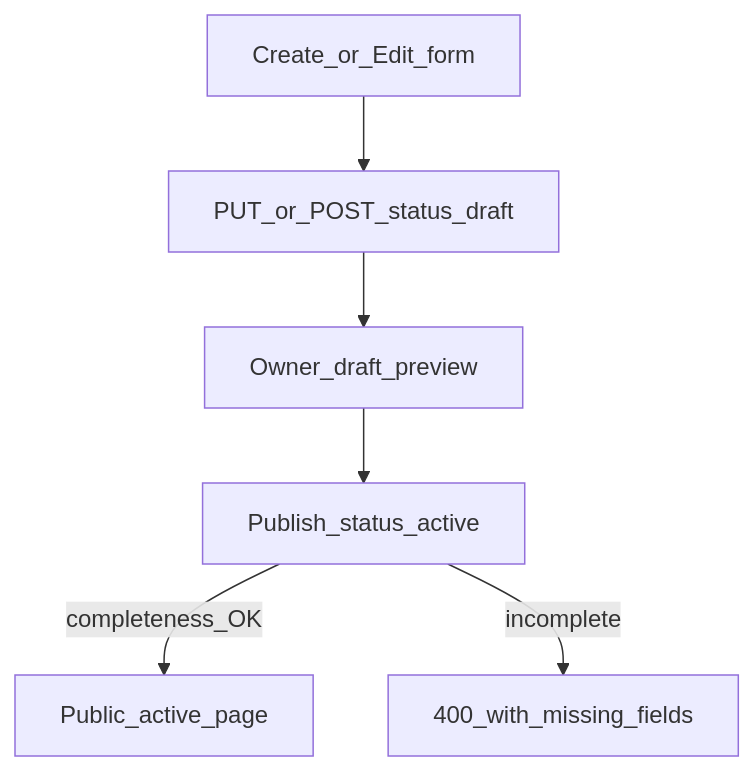
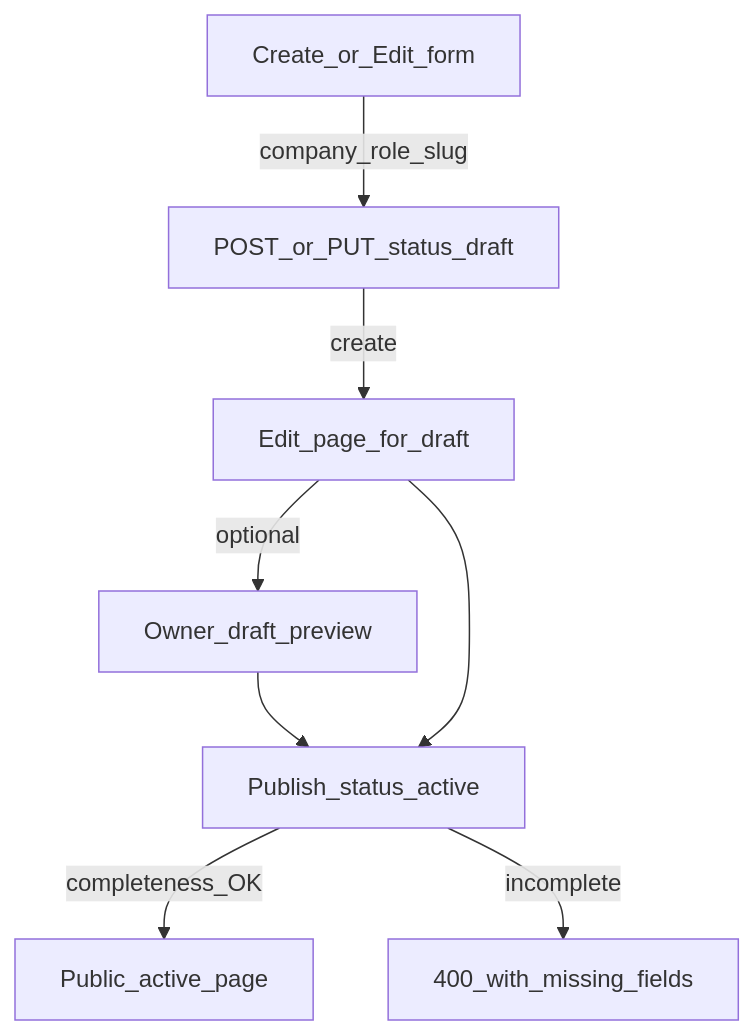
The diagram in docs/product/INCOMPLETE_DRAFT_SAVES.md (joan-gerard/my-hire-view), drawn with Mermaid before and after one commit. The commit also changed other lines of this file and 53 other files, not shown here.

Commit message:
unify create and edit on one-page form with incomplete drafts, publish gates, and save-to-edit flow

````diff
--- a/docs/product/INCOMPLETE_DRAFT_SAVES.md
+++ b/docs/product/INCOMPLETE_DRAFT_SAVES.md
@@ -40,14 +29,17 @@
 ```mermaid
 flowchart TD
   form[Create_or_Edit_form]
-  saveDraft[PUT_or_POST_status_draft]
+  saveDraft[POST_or_PUT_status_draft]
+  editPage[Edit_page_for_draft]
   preview[Owner_draft_preview]
   publish[Publish_status_active]
   live[Public_active_page]
 
-  form --> saveDraft
-  saveDraft --> preview
+  form -->|company_role_slug| saveDraft
+  saveDraft -->|create| editPage
+  editPage -->|optional| preview
   preview --> publish
+  editPage --> publish
   publish -->|completeness_OK| live
   publish -->|incomplete| reject[400_with_missing_fields]
 ```
````
